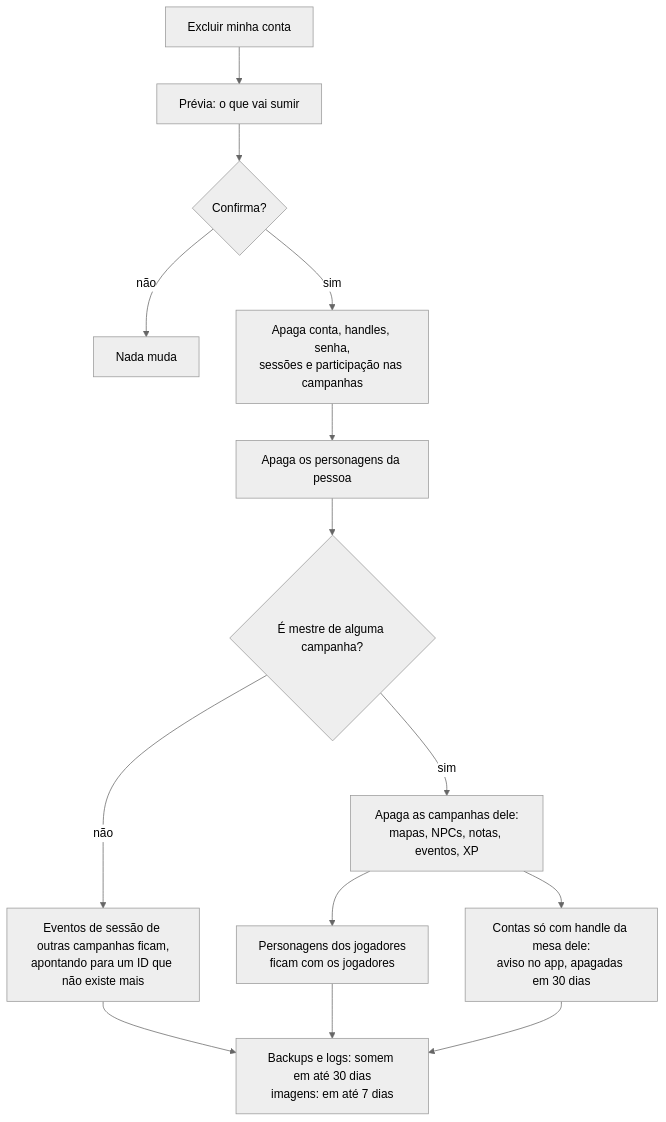
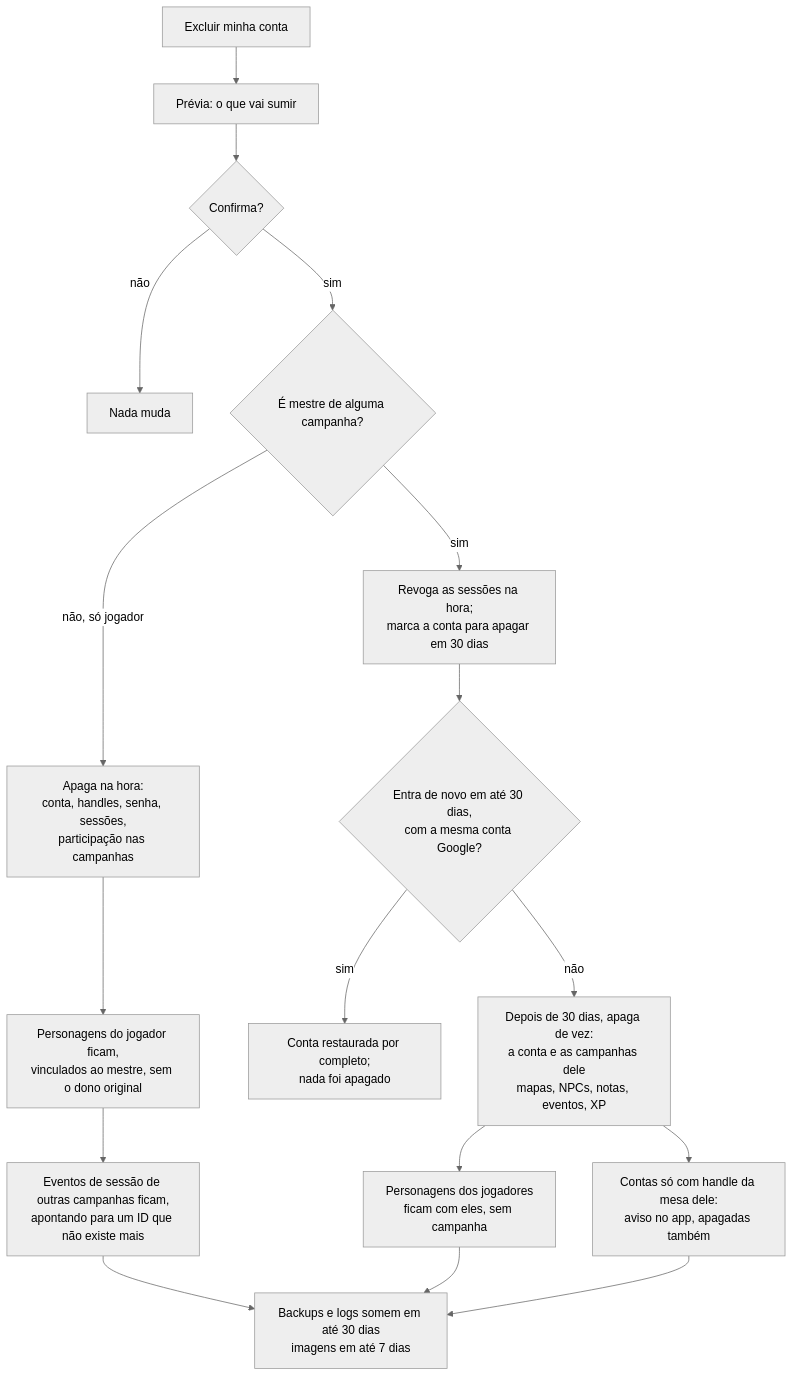
The diagram in docs/privacidade.md (PuraFome/meuRPG), drawn with Mermaid (neutral theme) before and after one commit. The commit also changed other lines of this file and 8 other files, not shown here.

````diff
--- a/docs/privacidade.md
+++ b/docs/privacidade.md
@@ -118,16 +124,21 @@
 ```mermaid
 flowchart TD
     A["Excluir minha conta"] --> B["Prévia: o que vai sumir"]
     B --> C{"Confirma?"}
     C -->|"não"| Z["Nada muda"]
-    C -->|"sim"| D["Apaga conta, handles, senha,<br/>sessões e participação nas campanhas"]
-    D --> E["Apaga os personagens da pessoa"]
-    E --> F{"É mestre de alguma campanha?"}
-    F -->|"não"| G["Eventos de sessão de outras campanhas ficam,<br/>apontando para um ID que não existe mais"]
-    F -->|"sim"| H["Apaga as campanhas dele:<br/>mapas, NPCs, notas, eventos, XP"]
-    H --> I["Personagens dos jogadores<br/>ficam com os jogadores"]
-    H --> J["Contas só com handle da mesa dele:<br/>aviso no app, apagadas em 30 dias"]
-    G --> K["Backups e logs: somem em até 30 dias<br/>imagens: em até 7 dias"]
-    I --> K
-    J --> K
+    C -->|"sim"| D{"É mestre de alguma campanha?"}
+
+    D -->|"não, só jogador"| E["Apaga na hora:<br/>conta, handles, senha, sessões,<br/>participação nas campanhas"]
+    E --> F["Personagens do jogador ficam,<br/>vinculados ao mestre, sem o dono original"]
+    F --> G["Eventos de sessão de outras campanhas ficam,<br/>apontando para um ID que não existe mais"]
+    G --> K["Backups e logs somem em até 30 dias<br/>imagens em até 7 dias"]
+
+    D -->|"sim"| H["Revoga as sessões na hora;<br/>marca a conta para apagar em 30 dias"]
+    H --> I{"Entra de novo em até 30 dias,<br/>com a mesma conta Google?"}
+    I -->|"sim"| Z2["Conta restaurada por completo;<br/>nada foi apagado"]
+    I -->|"não"| J["Depois de 30 dias, apaga de vez:<br/>a conta e as campanhas dele<br/>mapas, NPCs, notas, eventos, XP"]
+    J --> L["Personagens dos jogadores<br/>ficam com eles, sem campanha"]
+    J --> M["Contas só com handle da mesa dele:<br/>aviso no app, apagadas também"]
+    L --> K
+    M --> K
 ```
````
